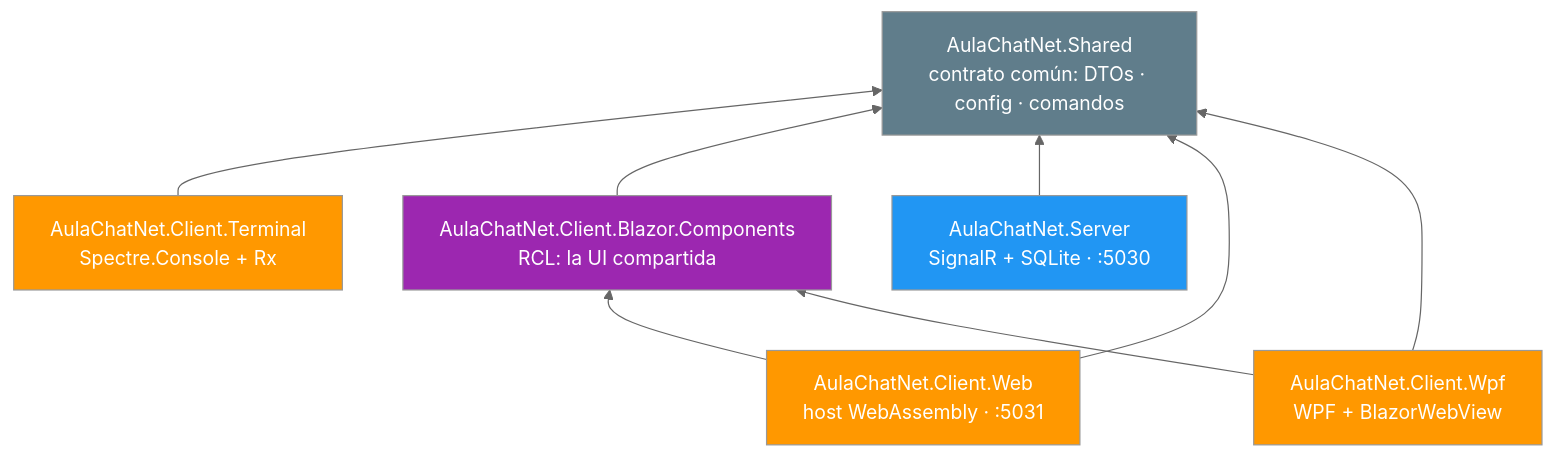
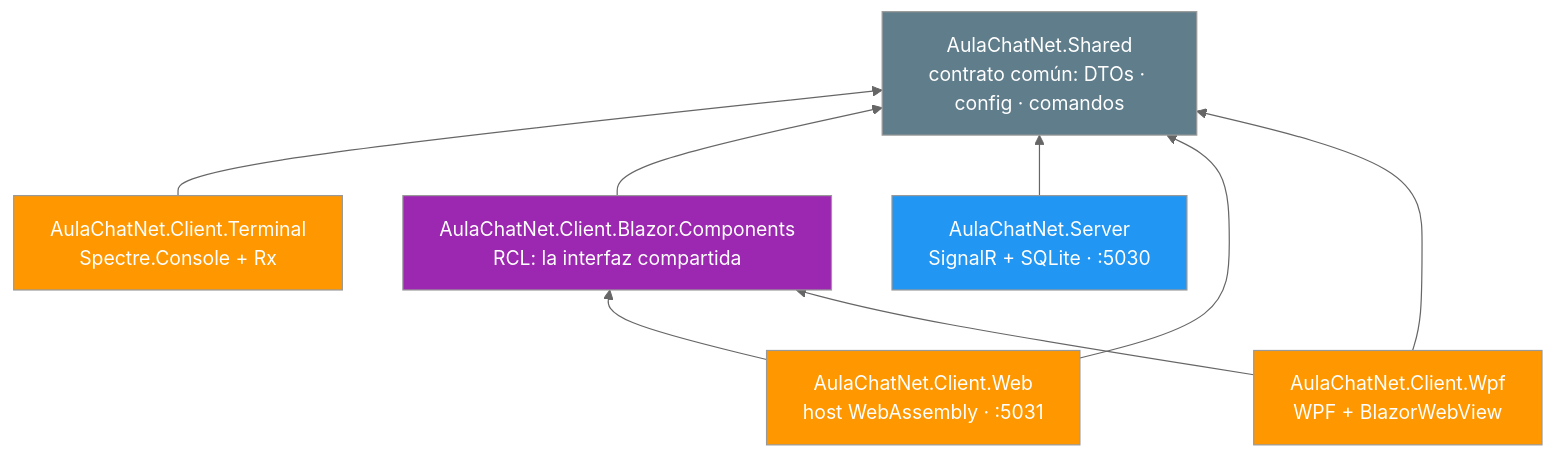
One commit to joseluisgs/AulaChatNet changed the first of 2 diagrams in README.md. Above: the diagram before and after it, drawn with Mermaid (neutral theme). The commit also changed other lines of this file and 2 other files, not shown here.

Commit message:
docs: Fases de Desarrollo, capturas de login y chat y lenguaje natural en el README

````diff
--- a/README.md
+++ b/README.md
@@ -113,24 +126,24 @@
 ```mermaid
 flowchart BT
     SH["AulaChatNet.Shared<br/>contrato común: DTOs · config · comandos"]
     SR["AulaChatNet.Server<br/>SignalR + SQLite · :5030"]
     TM["AulaChatNet.Client.Terminal<br/>Spectre.Console + Rx"]
-    RC["AulaChatNet.Client.Blazor.Components<br/>RCL: la UI compartida"]
+    RC["AulaChatNet.Client.Blazor.Components<br/>RCL: la interfaz compartida"]
     WB["AulaChatNet.Client.Web<br/>host WebAssembly · :5031"]
     WP["AulaChatNet.Client.Wpf<br/>WPF + BlazorWebView"]
 
     TM --> SH
     RC --> SH
     SR --> SH
     WB --> RC
     WB --> SH
     WP --> RC
     WP --> SH
 
     style SH fill:#607D8B,color:#fff
     style SR fill:#2196F3,color:#fff
     style TM fill:#FF9800,color:#fff
     style RC fill:#9C27B0,color:#fff
     style WB fill:#FF9800,color:#fff
     style WP fill:#FF9800,color:#fff
 ```
````
